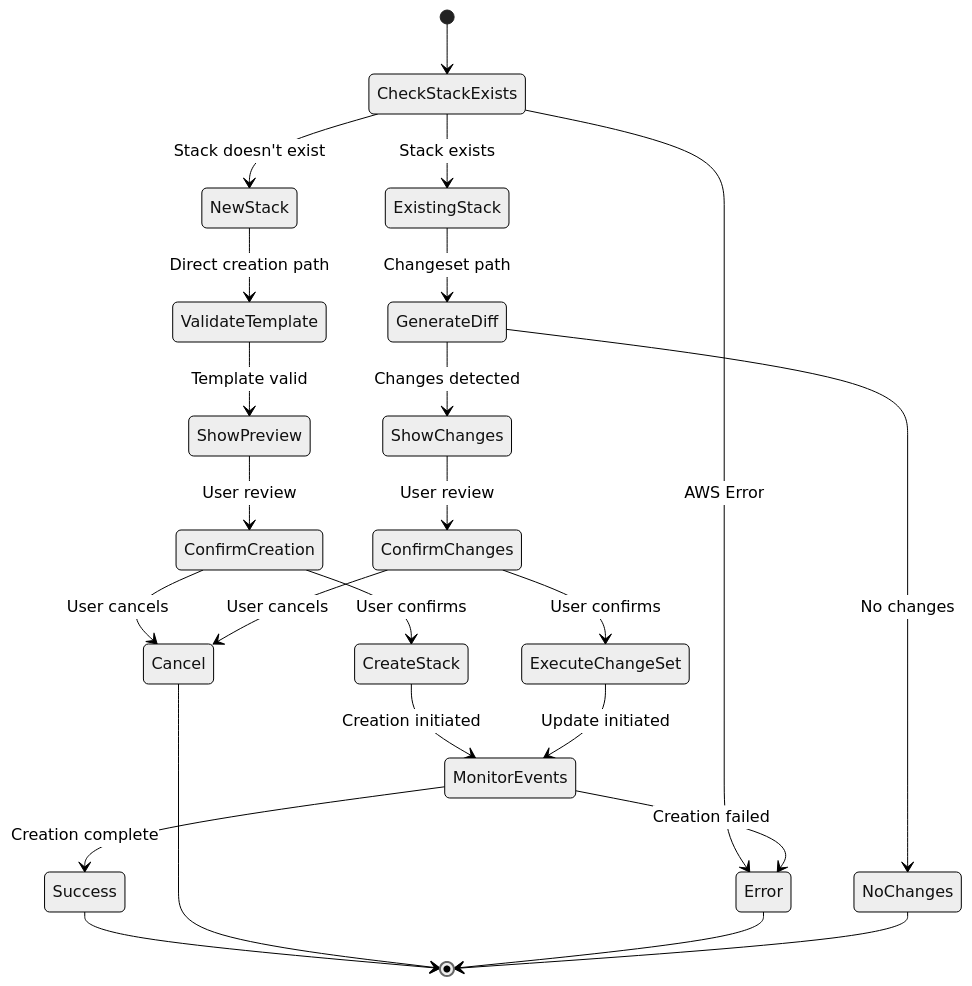
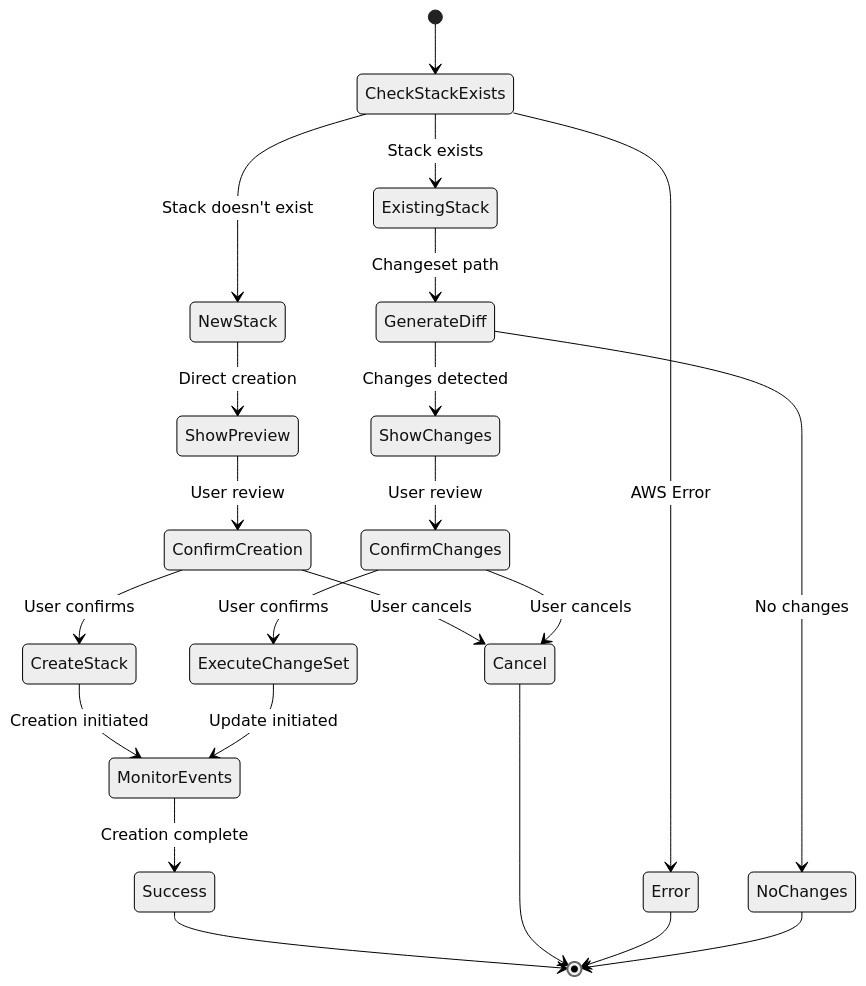
Before and after one commit to orien/stackaroo: the fourth of 7 diagrams in docs/architecture/deploy.md, drawn with Mermaid (neutral theme). The commit also changed other lines of this file and 15 other files, not shown here.

````diff
--- a/docs/architecture/deploy.md
+++ b/docs/architecture/deploy.md
@@ -125,29 +128,27 @@
 ```mermaid
 stateDiagram-v2
     [*] --> CheckStackExists
     CheckStackExists --> NewStack: Stack doesn't exist
     CheckStackExists --> ExistingStack: Stack exists
     CheckStackExists --> Error: AWS Error
 
-    NewStack --> ValidateTemplate: Direct creation path
-    ValidateTemplate --> ShowPreview: Template valid
+    NewStack --> ShowPreview: Direct creation
     ShowPreview --> ConfirmCreation: User review
     ConfirmCreation --> CreateStack: User confirms
     ConfirmCreation --> Cancel: User cancels
     CreateStack --> MonitorEvents: Creation initiated
     MonitorEvents --> Success: Creation complete
-    MonitorEvents --> Error: Creation failed
 
     ExistingStack --> GenerateDiff: Changeset path
     GenerateDiff --> ShowChanges: Changes detected
     GenerateDiff --> NoChanges: No changes
     ShowChanges --> ConfirmChanges: User review
     ConfirmChanges --> ExecuteChangeSet: User confirms
     ConfirmChanges --> Cancel: User cancels
     ExecuteChangeSet --> MonitorEvents: Update initiated
 
     Success --> [*]
     Cancel --> [*]
     Error --> [*]
     NoChanges --> [*]
 ```
````
